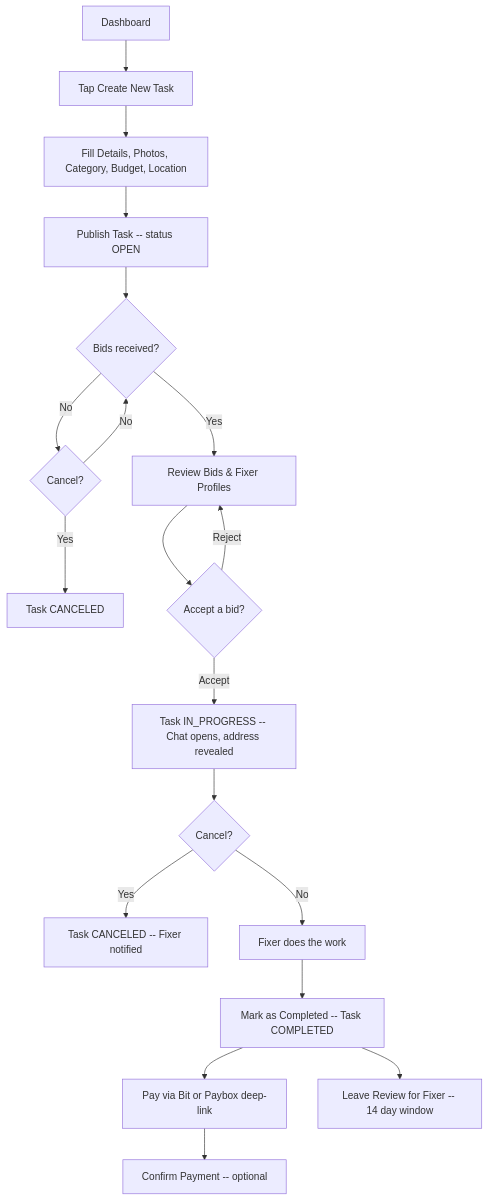
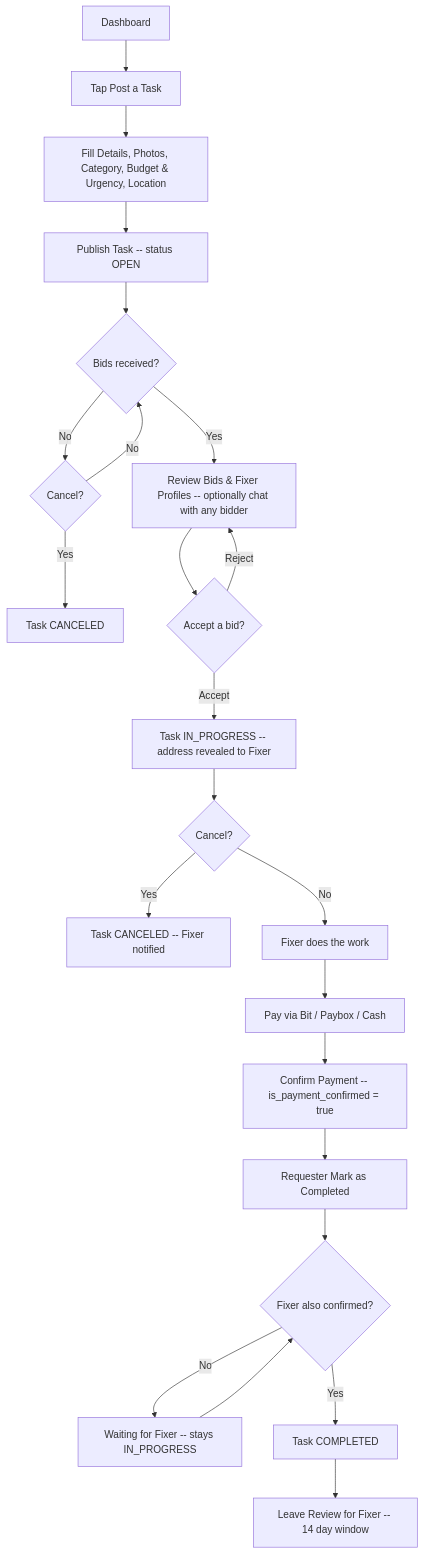
The third of 5 diagrams in docs/05_User_Flows.md (GuyStein1/CSFinalProject), drawn with Mermaid before and after one commit. The commit also changed other lines of this file and 13 other files, not shown here.

````diff
--- a/docs/05_User_Flows.md
+++ b/docs/05_User_Flows.md
@@ -194,21 +202,25 @@
 ```mermaid
 flowchart TD
-    A[Dashboard] --> B[Tap Create New Task]
-    B --> C[Fill Details, Photos, Category, Budget, Location]
+    A[Dashboard] --> B[Tap Post a Task]
+    B --> C[Fill Details, Photos, Category, Budget & Urgency, Location]
     C --> D[Publish Task -- status OPEN]
     D --> E{Bids received?}
     E -- No --> F{Cancel?}
     F -- Yes --> G[Task CANCELED]
     F -- No --> E
-    E -- Yes --> H[Review Bids & Fixer Profiles]
+    E -- Yes --> H[Review Bids & Fixer Profiles -- optionally chat with any bidder]
     H --> I{Accept a bid?}
     I -- Reject --> H
-    I -- Accept --> J[Task IN_PROGRESS -- Chat opens, address revealed]
+    I -- Accept --> J[Task IN_PROGRESS -- address revealed to Fixer]
     J --> K{Cancel?}
     K -- Yes --> L[Task CANCELED -- Fixer notified]
     K -- No --> M[Fixer does the work]
-    M --> N[Mark as Completed -- Task COMPLETED]
-    N --> O[Pay via Bit or Paybox deep-link]
-    O --> P[Confirm Payment -- optional]
-    N --> Q[Leave Review for Fixer -- 14 day window]
+    M --> N[Pay via Bit / Paybox / Cash]
+    N --> O[Confirm Payment -- is_payment_confirmed = true]
+    O --> P[Requester Mark as Completed]
+    P --> Q{Fixer also confirmed?}
+    Q -- No --> R[Waiting for Fixer -- stays IN_PROGRESS]
+    R --> Q
+    Q -- Yes --> S[Task COMPLETED]
+    S --> T[Leave Review for Fixer -- 14 day window]
 ```
````
